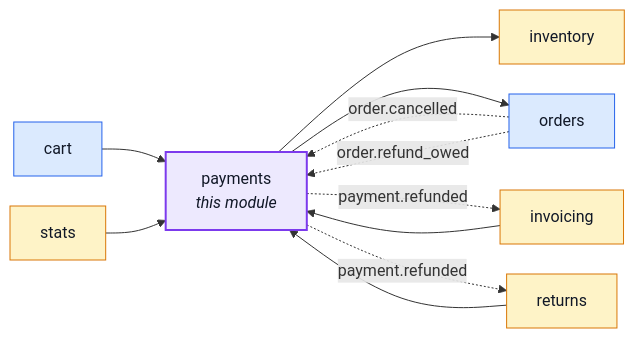
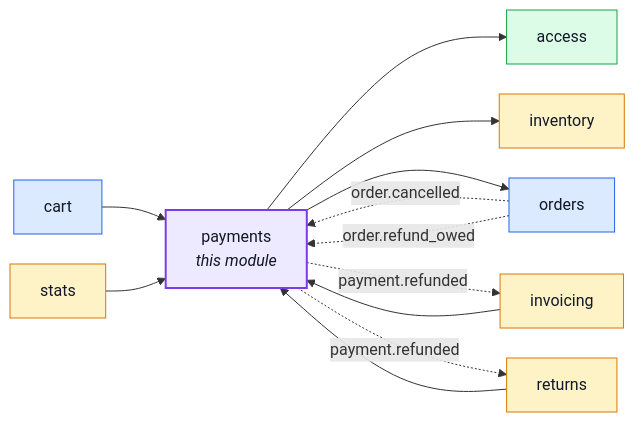
One commit to Guebbit/boilerplate-node-backend changed the first of 12 diagrams in docs/modules/payments.md. Above: the diagram before and after it, drawn with Mermaid. The commit also changed 104 other files, not shown here.

````diff
--- a/docs/modules/payments.md
+++ b/docs/modules/payments.md
@@ -16,30 +16,33 @@
 ```mermaid
 %%{init: {'flowchart': {'nodeSpacing': 30, 'rankSpacing': 60}}}%%
 flowchart LR
     payments["payments<br/><i>this module</i>"]
+    access["access"]
     cart["cart"]
     inventory["inventory"]
     invoicing["invoicing"]
     orders["orders"]
     returns["returns"]
     stats["stats"]
 
     cart --> payments
     invoicing --> payments
     returns --> payments
     stats --> payments
+    payments --> access
     payments --> inventory
     payments --> orders
     orders -. "order.cancelled" .-> payments
     orders -. "order.refund_owed" .-> payments
     payments -. "payment.refunded" .-> invoicing
     payments -. "payment.refunded" .-> returns
 
     classDef core fill:#dbeafe,stroke:#2563eb,color:#111827;
     classDef supporting fill:#fef3c7,stroke:#d97706,color:#111827;
     classDef generic fill:#dcfce7,stroke:#16a34a,color:#111827;
     classDef centre fill:#ede9fe,stroke:#7c3aed,stroke-width:2px,color:#111827;
     class cart,orders core;
     class inventory,invoicing,returns,stats supporting;
+    class access generic;
     class payments centre;
 ```
````
